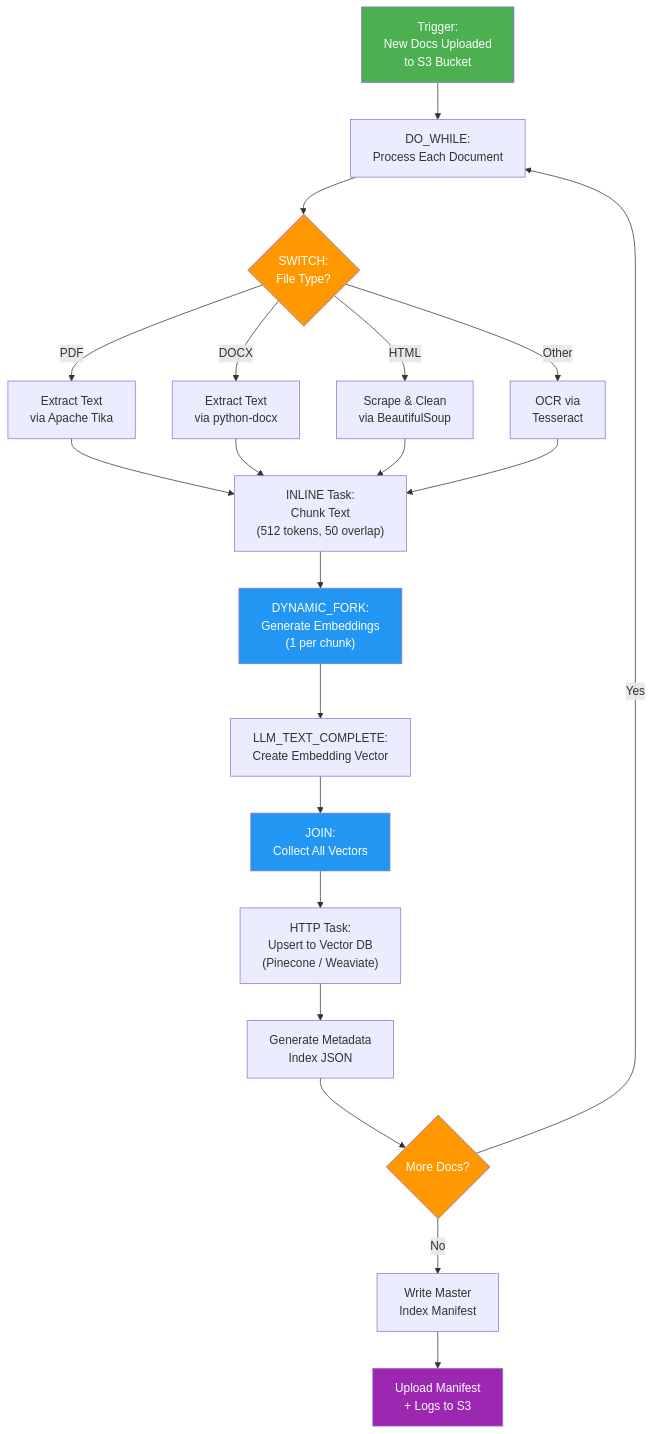
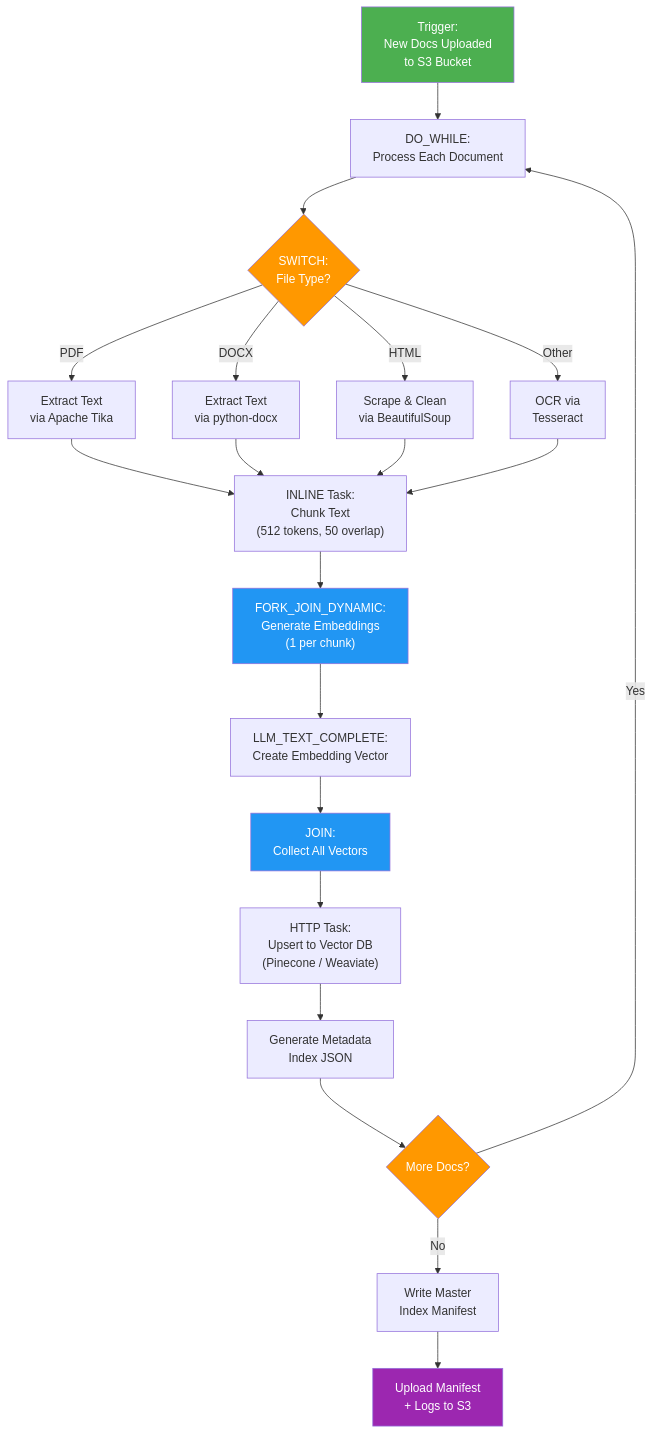
One commit to conductor-oss/conductor changed the second of 5 diagrams in docs/devguide/cookbook/files-api-usecase.md. Above: the diagram before and after it, drawn with Mermaid. The commit also changed other lines of this file and 194 other files, not shown here.

````diff
--- a/docs/devguide/cookbook/files-api-usecase.md
+++ b/docs/devguide/cookbook/files-api-usecase.md
@@ -65,29 +65,29 @@
 ```mermaid
 flowchart TD
     A["Trigger:<br/>New Docs Uploaded<br/>to S3 Bucket"] --> B["DO_WHILE:<br/>Process Each Document"]
     B --> C{"SWITCH:<br/>File Type?"}
     C -- PDF --> D["Extract Text<br/>via Apache Tika"]
     C -- DOCX --> E["Extract Text<br/>via python-docx"]
     C -- HTML --> F["Scrape & Clean<br/>via BeautifulSoup"]
     C -- Other --> G["OCR via<br/>Tesseract"]
     D --> H["INLINE Task:<br/>Chunk Text<br/>(512 tokens, 50 overlap)"]
     E --> H
     F --> H
     G --> H
-    H --> I["DYNAMIC_FORK:<br/>Generate Embeddings<br/>(1 per chunk)"]
+    H --> I["FORK_JOIN_DYNAMIC:<br/>Generate Embeddings<br/>(1 per chunk)"]
     I --> J["LLM_TEXT_COMPLETE:<br/>Create Embedding Vector"]
     J --> K["JOIN:<br/>Collect All Vectors"]
     K --> L["HTTP Task:<br/>Upsert to Vector DB<br/>(Pinecone / Weaviate)"]
     L --> M["Generate Metadata<br/>Index JSON"]
     M --> N{"More Docs?"}
     N -- Yes --> B
     N -- No --> O["Write Master<br/>Index Manifest"]
     O --> P["Upload Manifest<br/>+ Logs to S3"]
 
     style A fill:#4CAF50,color:#fff
     style C fill:#FF9800,color:#fff
     style I fill:#2196F3,color:#fff
     style K fill:#2196F3,color:#fff
     style N fill:#FF9800,color:#fff
     style P fill:#9C27B0,color:#fff
 ```
````
